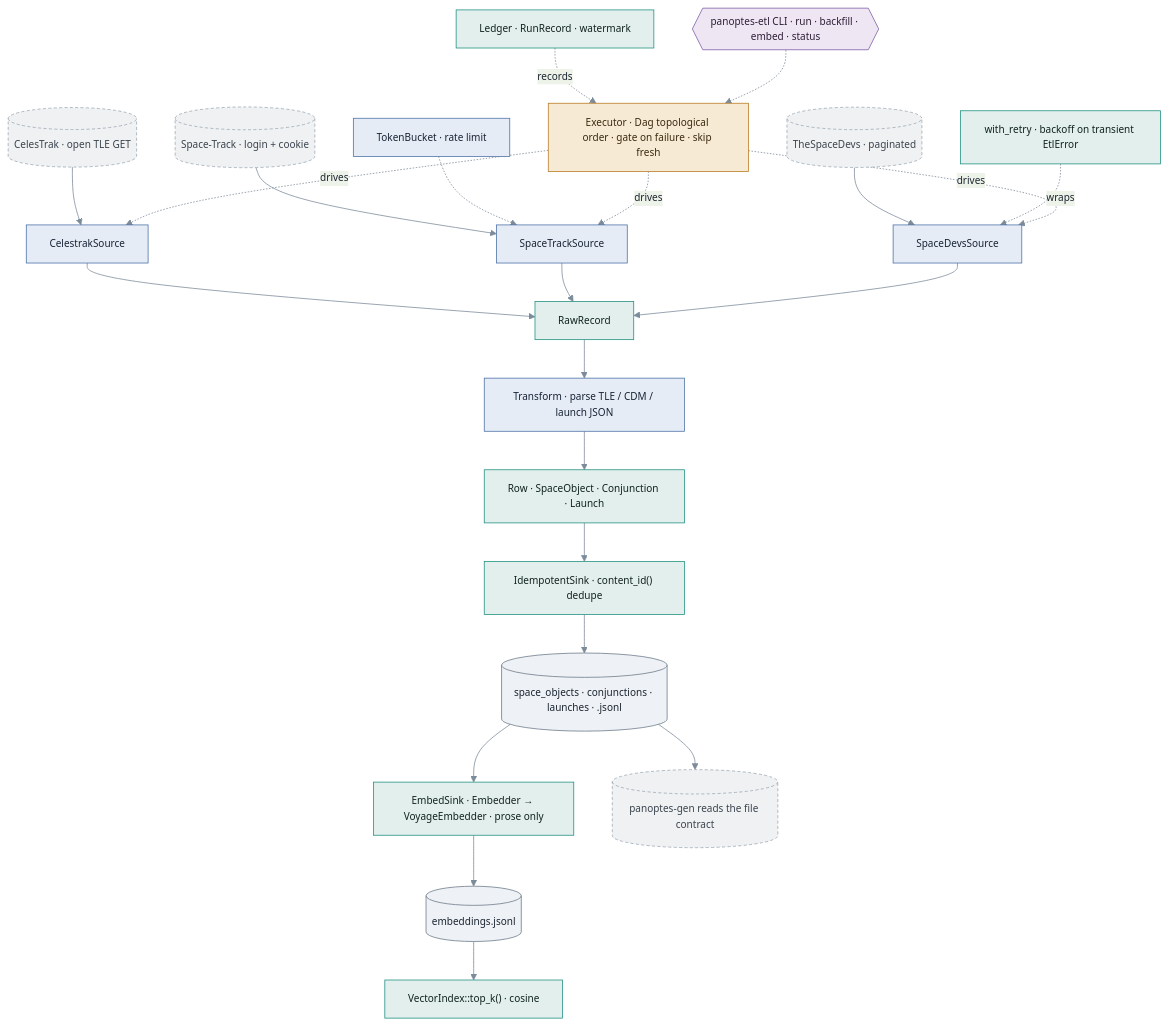
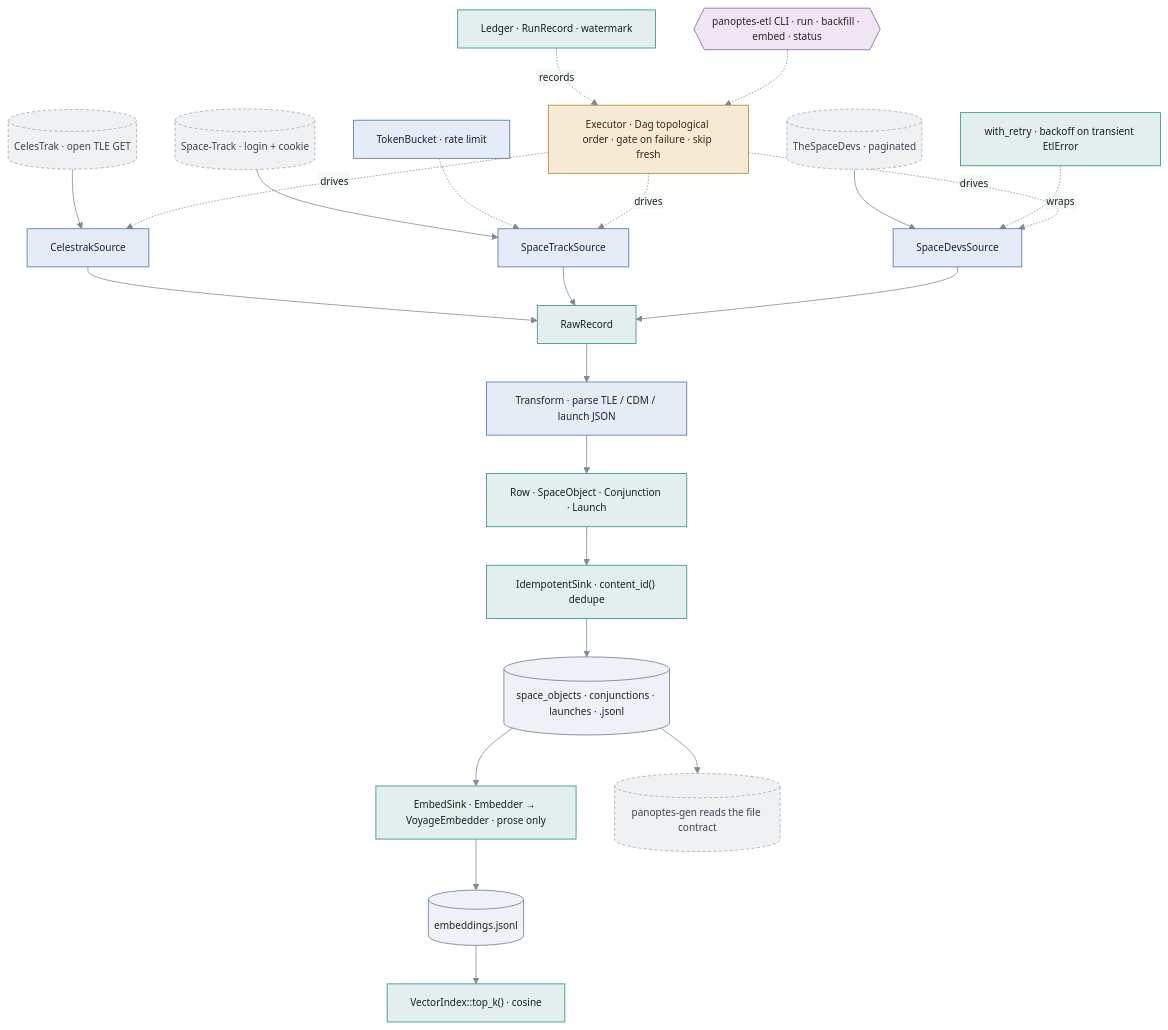
One commit to tbar4/panoptes_learning_etl changed the first of 2 diagrams in src/architecture.md. Above: the diagram before and after it, drawn with Mermaid.

Commit message:
Render flowchart labels as SVG text (htmlLabels:false)
mdbook-mermaid's html labels capped long labels at 200px and the wrapped text
failed to show (a foreignObject + web-font measurement race), so half the boxes
rendered empty. htmlLabels:false makes mermaid draw labels as measured SVG text
that wraps and sizes correctly. Verified: 0 empty, 0 clipped nodes in the
flowchart; class diagram unchanged.

````diff
--- a/src/architecture.md
+++ b/src/architecture.md
@@ -19,34 +19,34 @@
 ```mermaid
-%%{init:{'theme':'base','themeVariables':{'fontSize':'13px','lineColor':'#7c8b9a','textColor':'#1b2530','primaryColor':'#e9eef3','primaryBorderColor':'#9fb0bf','primaryTextColor':'#1b2530','clusterBkg':'#fbfcfd','clusterBorder':'#cbd5de'}}}%%
+%%{init:{'theme':'base','flowchart':{'htmlLabels':false},'themeVariables':{'fontSize':'13px','lineColor':'#7c8b9a','textColor':'#1b2530','primaryColor':'#e9eef3','primaryBorderColor':'#9fb0bf','primaryTextColor':'#1b2530','clusterBkg':'#fbfcfd','clusterBorder':'#cbd5de'}}}%%
 flowchart TB
   cli{{"panoptes-etl CLI · run · backfill · embed · status"}}:::bin
   ct[("CelesTrak · open TLE GET")]:::ext --> csrc["CelestrakSource"]:::src
   st[("Space-Track · login + cookie")]:::ext --> ssrc["SpaceTrackSource"]:::src
   sd[("TheSpaceDevs · paginated")]:::ext --> dsrc["SpaceDevsSource"]:::src
   bucket["TokenBucket · rate limit"]:::src -.-> ssrc
   retry["with_retry · backoff on transient EtlError"]:::core -.wraps.-> dsrc
   csrc --> raw["RawRecord"]:::core
   ssrc --> raw
   dsrc --> raw
   raw --> xf["Transform · parse TLE / CDM / launch JSON"]:::src
   xf --> row["Row · SpaceObject · Conjunction · Launch"]:::core
   row --> idem["IdempotentSink · content_id() dedupe"]:::core
   idem --> jsonl[("space_objects · conjunctions · launches · .jsonl")]:::store
   exec["Executor · Dag topological order · gate on failure · skip fresh"]:::orch
   exec -.drives.-> csrc
   exec -.drives.-> ssrc
   exec -.drives.-> dsrc
   ledger["Ledger · RunRecord · watermark"]:::core -.records.-> exec
   jsonl --> embed["EmbedSink · Embedder → VoyageEmbedder · prose only"]:::core
   embed --> vec[("embeddings.jsonl")]:::store
   vec --> idx["VectorIndex::top_k() · cosine"]:::core
   jsonl --> gen[("panoptes-gen reads the file contract")]:::ext
   cli -.-> exec
 
   classDef core fill:#e2efec,stroke:#1f8f80,color:#12231f;
   classDef src fill:#e6ecf5,stroke:#4a6fa5,color:#182436;
   classDef orch fill:#f6ead4,stroke:#b9791f,color:#3a2a10;
   classDef bin fill:#efe6f4,stroke:#7d5ba6,color:#2c1f36;
   classDef store fill:#eef1f5,stroke:#6b7a89,color:#1b2530;
   classDef ext fill:#f0f1f3,stroke:#9aa7b3,color:#3a444e,stroke-dasharray:4 3;
 ```
````
